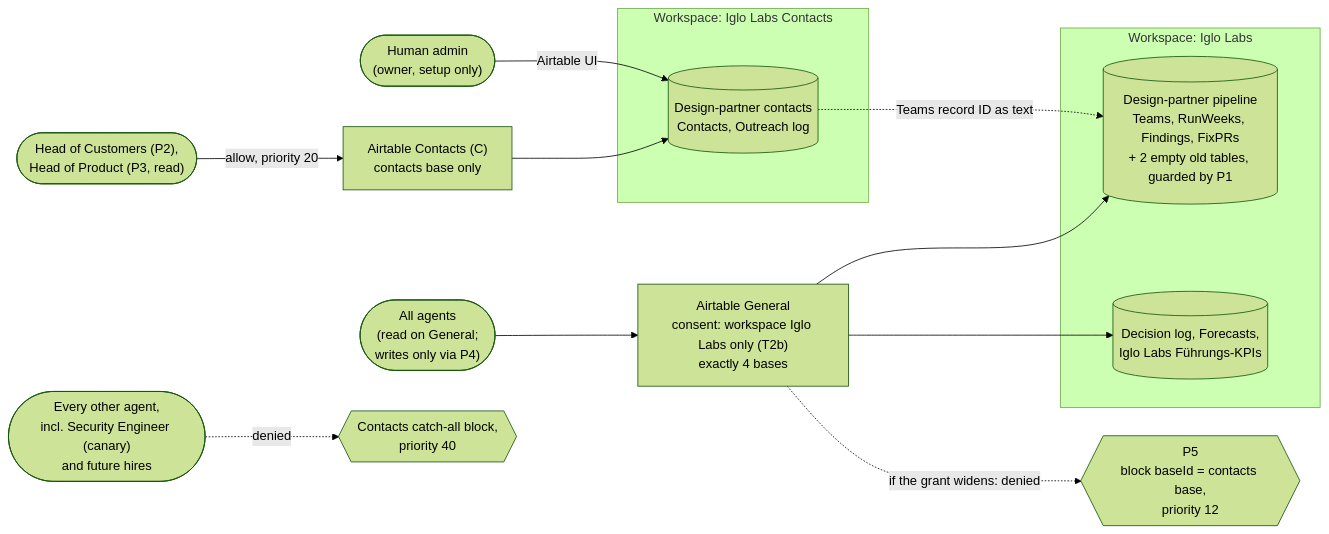
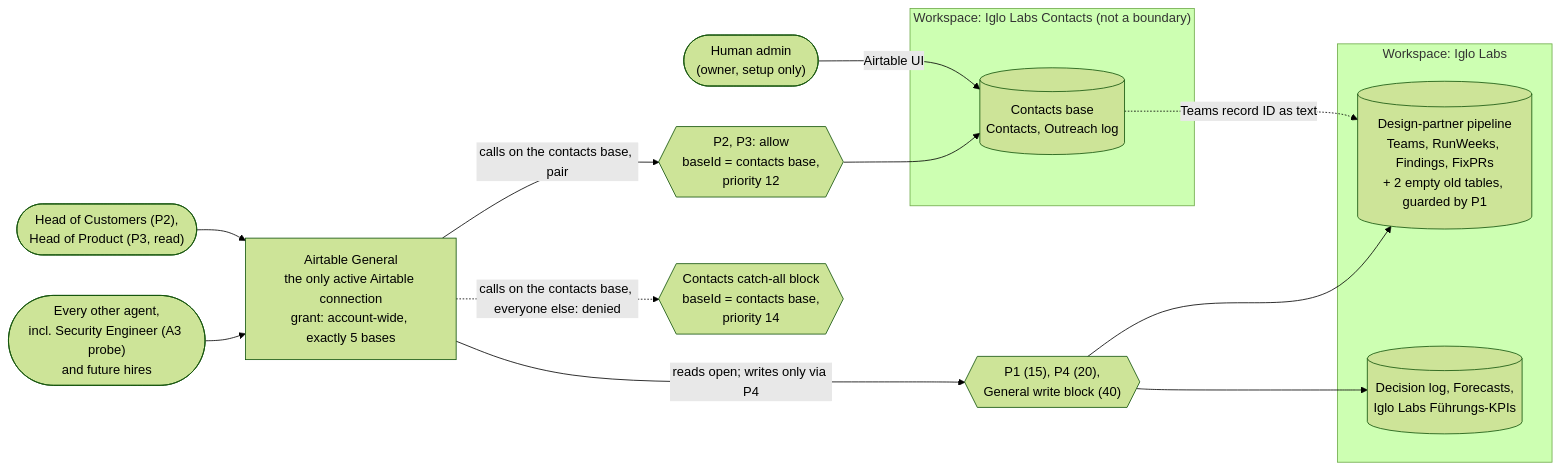
The diagram in docs/architecture/adr/008-airtable-access-boundary.md (valentinpalkovic/Igglo), drawn with Mermaid (forest theme) before and after one commit. The commit also changed other lines of this file, not shown here.

First line of the commit message:
ADR-008 revision 2: single-connection contacts boundary (IGL-83) (#10)

````diff
--- a/docs/architecture/adr/008-airtable-access-boundary.md
+++ b/docs/architecture/adr/008-airtable-access-boundary.md
@@ -207,31 +252,31 @@
 ```mermaid
 flowchart LR
-  agents(["All agents<br/>(read on General;<br/>writes only via P4)"])
   pair(["Head of Customers (P2),<br/>Head of Product (P3, read)"])
-  others(["Every other agent,<br/>incl. Security Engineer (canary)<br/>and future hires"])
+  others(["Every other agent,<br/>incl. Security Engineer (A3 probe)<br/>and future hires"])
   human(["Human admin<br/>(owner, setup only)"])
 
-  general["Airtable General<br/>consent: workspace Iglo Labs only (T2b)<br/>exactly 4 bases"]
-  conC["Airtable Contacts (C)<br/>contacts base only"]
-  block{{"Contacts catch-all block,<br/>priority 40"}}
-  guard{{"P5<br/>block baseId = contacts base,<br/>priority 12"}}
+  general["Airtable General<br/>the only active Airtable connection<br/>grant: account-wide, exactly 5 bases"]
+  allow{{"P2, P3: allow<br/>baseId = contacts base,<br/>priority 12"}}
+  block{{"Contacts catch-all block<br/>baseId = contacts base,<br/>priority 14"}}
+  writes{{"P1 (15), P4 (20),<br/>General write block (40)"}}
 
   subgraph ws1["Workspace: Iglo Labs"]
     pipe[("Design-partner pipeline<br/>Teams, RunWeeks, Findings, FixPRs<br/>+ 2 empty old tables, guarded by P1")]
     other[("Decision log, Forecasts,<br/>Iglo Labs Führungs-KPIs")]
   end
 
-  subgraph ws2["Workspace: Iglo Labs Contacts"]
-    contacts[("Design-partner contacts<br/>Contacts, Outreach log")]
+  subgraph ws2["Workspace: Iglo Labs Contacts (not a boundary)"]
+    contacts[("Contacts base<br/>Contacts, Outreach log")]
   end
 
-  agents --> general
-  general --> pipe
-  general --> other
-  general -. "if the grant widens: denied" .-> guard
-  pair -- "allow, priority 20" --> conC
-  others -. "denied" .-> block
-  conC --> contacts
+  pair --> general
+  others --> general
+  general -- "calls on the contacts base, pair" --> allow
+  general -. "calls on the contacts base, everyone else: denied" .-> block
+  allow --> contacts
+  general -- "reads open; writes only via P4" --> writes
+  writes --> pipe
+  writes --> other
   human -- "Airtable UI" --> contacts
   contacts -. "Teams record ID as text" .-> pipe
 ```
````
